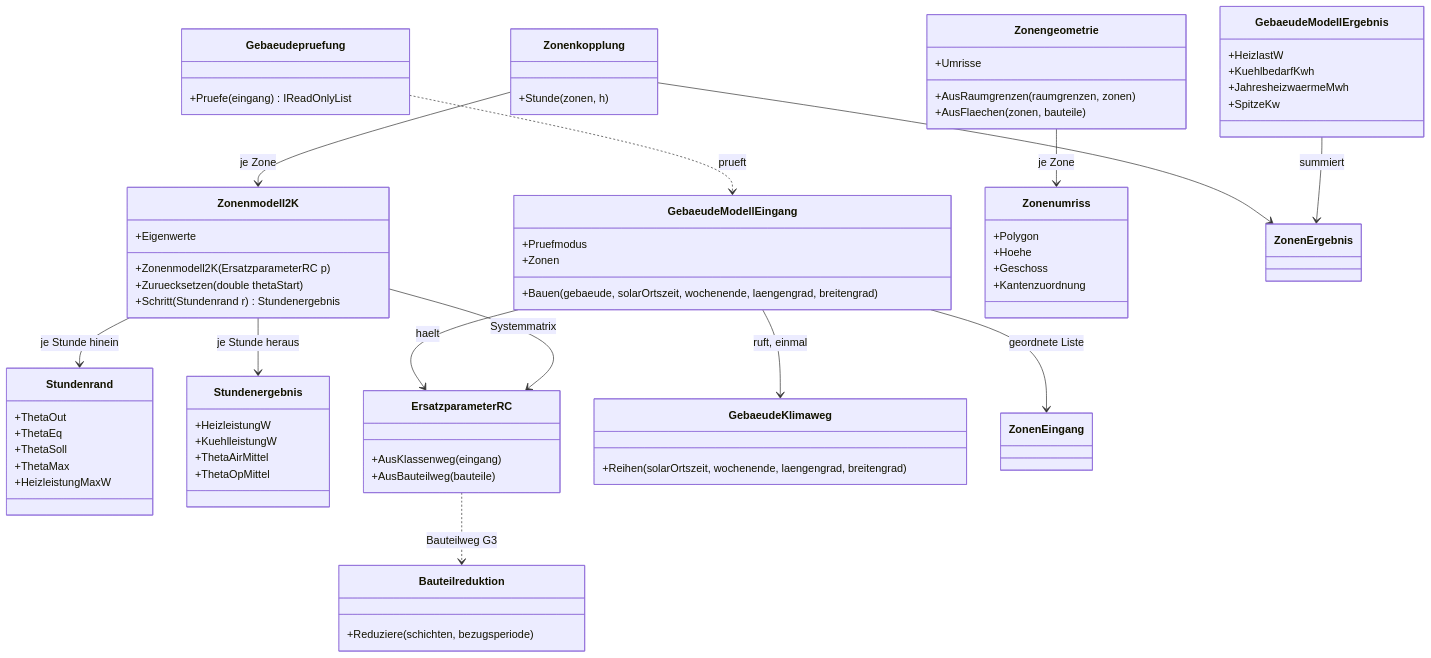
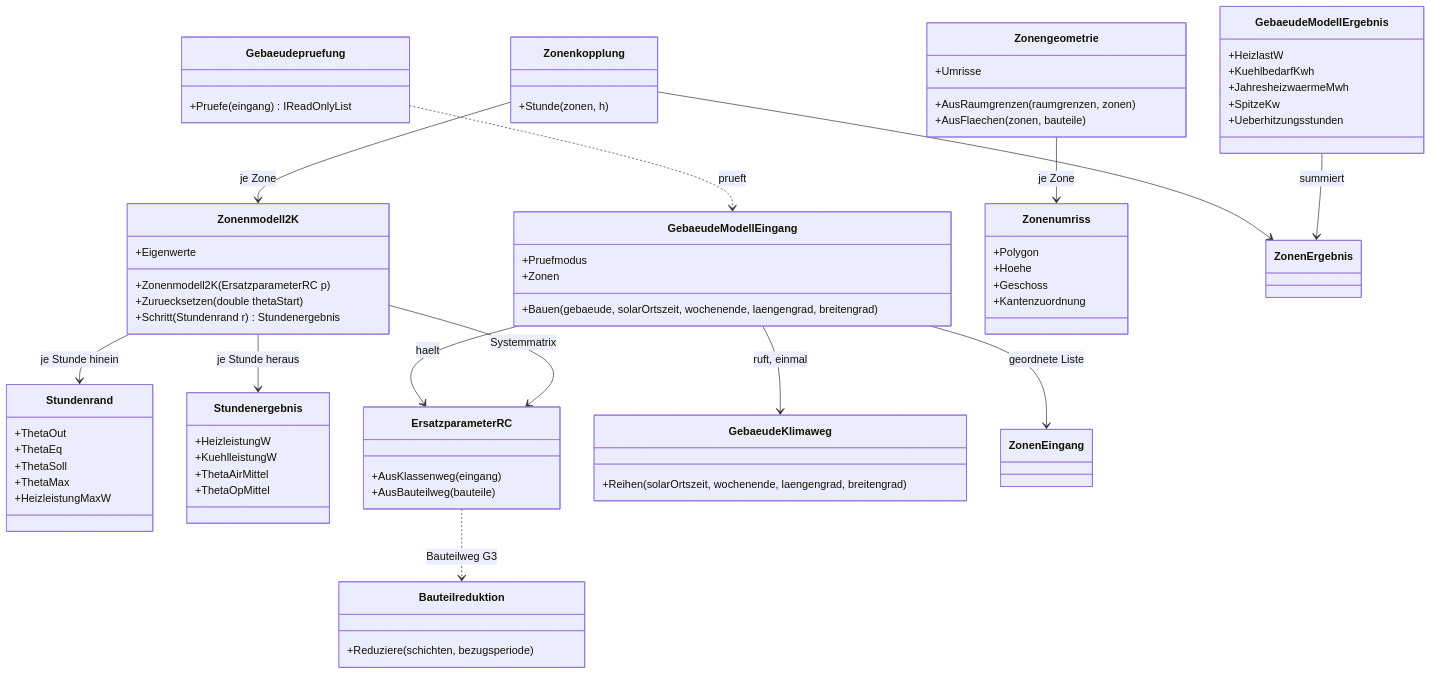
Before and after one commit to inekon/EPOS-Plan: the second of 16 diagrams in Dokumentation/aktuell/Softwarearchitektur_Gebaeudesimulation_EPOS-Plan.md, drawn with Mermaid. The commit also changed other lines of this file and 15 other files, not shown here.

````diff
--- a/Dokumentation/aktuell/Softwarearchitektur_Gebaeudesimulation_EPOS-Plan.md
+++ b/Dokumentation/aktuell/Softwarearchitektur_Gebaeudesimulation_EPOS-Plan.md
@@ -338,75 +341,76 @@
 ```mermaid
 classDiagram
   class Zonenmodell2K {
     +Zonenmodell2K(ErsatzparameterRC p)
     +Eigenwerte
     +Zuruecksetzen(double thetaStart)
     +Schritt(Stundenrand r) Stundenergebnis
   }
   class Stundenrand {
     +ThetaOut
     +ThetaEq
     +ThetaSoll
     +ThetaMax
     +HeizleistungMaxW
   }
   class Stundenergebnis {
     +HeizleistungW
     +KuehlleistungW
     +ThetaAirMittel
     +ThetaOpMittel
   }
   class ErsatzparameterRC {
     +AusKlassenweg(eingang)
     +AusBauteilweg(bauteile)
   }
   class Bauteilreduktion {
     +Reduziere(schichten, bezugsperiode)
   }
   class GebaeudeKlimaweg {
     +Reihen(solarOrtszeit, wochenende, laengengrad, breitengrad)
   }
   class GebaeudeModellEingang {
     +Bauen(gebaeude, solarOrtszeit, wochenende, laengengrad, breitengrad)
     +Pruefmodus
     +Zonen
   }
   class Zonengeometrie {
     +AusRaumgrenzen(raumgrenzen, zonen)
     +AusFlaechen(zonen, bauteile)
     +Umrisse
   }
   class Zonenumriss {
     +Polygon
     +Hoehe
     +Geschoss
     +Kantenzuordnung
   }
   class GebaeudeModellErgebnis {
     +HeizlastW
     +KuehlbedarfKwh
     +JahresheizwaermeMwh
     +SpitzeKw
+    +Ueberhitzungsstunden
   }
   class Gebaeudepruefung {
     +Pruefe(eingang) IReadOnlyList
   }
   class Zonenkopplung {
     +Stunde(zonen, h)
   }
   class ZonenEingang
   class ZonenErgebnis
 
   GebaeudeModellEingang --> GebaeudeKlimaweg : ruft, einmal
   GebaeudeModellEingang --> ErsatzparameterRC : haelt
   GebaeudeModellEingang --> ZonenEingang : geordnete Liste
   ErsatzparameterRC ..> Bauteilreduktion : Bauteilweg G3
   Zonenmodell2K --> Stundenrand : je Stunde hinein
   Zonenmodell2K --> Stundenergebnis : je Stunde heraus
   Zonenmodell2K --> ErsatzparameterRC : Systemmatrix
   Zonenkopplung --> Zonenmodell2K : je Zone
   Zonenkopplung --> ZonenErgebnis
   GebaeudeModellErgebnis --> ZonenErgebnis : summiert
   Gebaeudepruefung ..> GebaeudeModellEingang : prueft
   Zonengeometrie --> Zonenumriss : je Zone
 ```
````
